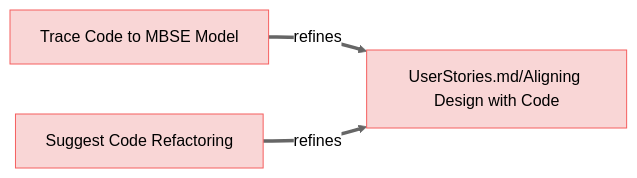
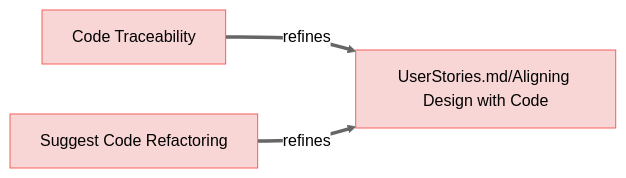
The fourth of 11 diagrams in specifications/UserRequirements.md (reqvire-org/reqvire), drawn with Mermaid (neutral theme) before and after one commit. The commit also changed other lines of this file and 12 other files, not shown here.

````diff
--- a/specifications/UserRequirements.md
+++ b/specifications/UserRequirements.md
@@ -220,22 +239,22 @@
 ```mermaid
 graph LR;
   %% Graph styling
   classDef requirement fill:#f9d6d6,stroke:#f55f5f,stroke-width:1px;
   classDef satisfies fill:#fff2cc,stroke:#ffcc00,stroke-width:1px;
   classDef verification fill:#d6f9d6,stroke:#5fd75f,stroke-width:1px;
   classDef externalLink fill:#d0e0ff,stroke:#3080ff,stroke-width:1px;
   classDef paragraph fill:#efefef,stroke:#999999,stroke-width:1px;
   classDef default fill:#f5f5f5,stroke:#333333,stroke-width:1px;
 
-    Trace_Code_to_MBSE_Model["Trace Code to MBSE Model"];
-    click Trace_Code_to_MBSE_Model "UserRequirements.md#trace-code-to-mbse-model";
-    class Trace_Code_to_MBSE_Model requirement;
-    Trace_Code_to_MBSE_Model ==>|refines| _UserStories_md_Aligning_Design_with_Code__UserStories_md_aligning_design_with_code_;
+    Code_Traceability["Code Traceability"];
+    click Code_Traceability "UserRequirements.md#code-traceability";
+    class Code_Traceability requirement;
+    Code_Traceability ==>|refines| _UserStories_md_Aligning_Design_with_Code__UserStories_md_aligning_design_with_code_;
     _UserStories_md_Aligning_Design_with_Code__UserStories_md_aligning_design_with_code_["UserStories.md/Aligning Design with Code"];
     click _UserStories_md_Aligning_Design_with_Code__UserStories_md_aligning_design_with_code_ "UserStories.md#aligning-design-with-code";
     class _UserStories_md_Aligning_Design_with_Code__UserStories_md_aligning_design_with_code_ requirement;
     Suggest_Code_Refactoring["Suggest Code Refactoring"];
     click Suggest_Code_Refactoring "UserRequirements.md#suggest-code-refactoring";
     class Suggest_Code_Refactoring requirement;
     Suggest_Code_Refactoring ==>|refines| _UserStories_md_Aligning_Design_with_Code__UserStories_md_aligning_design_with_code_;
 ```
````
